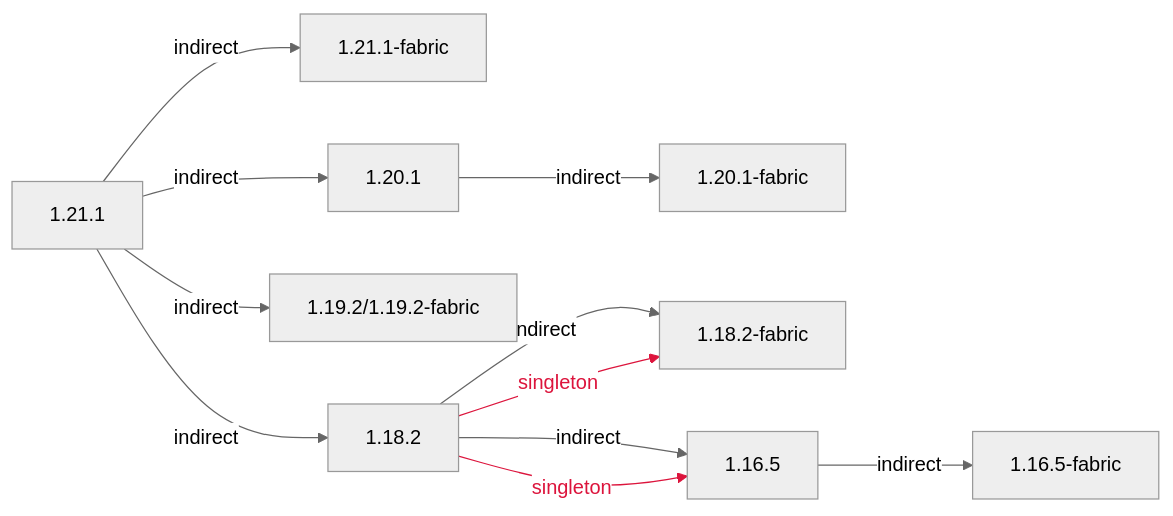
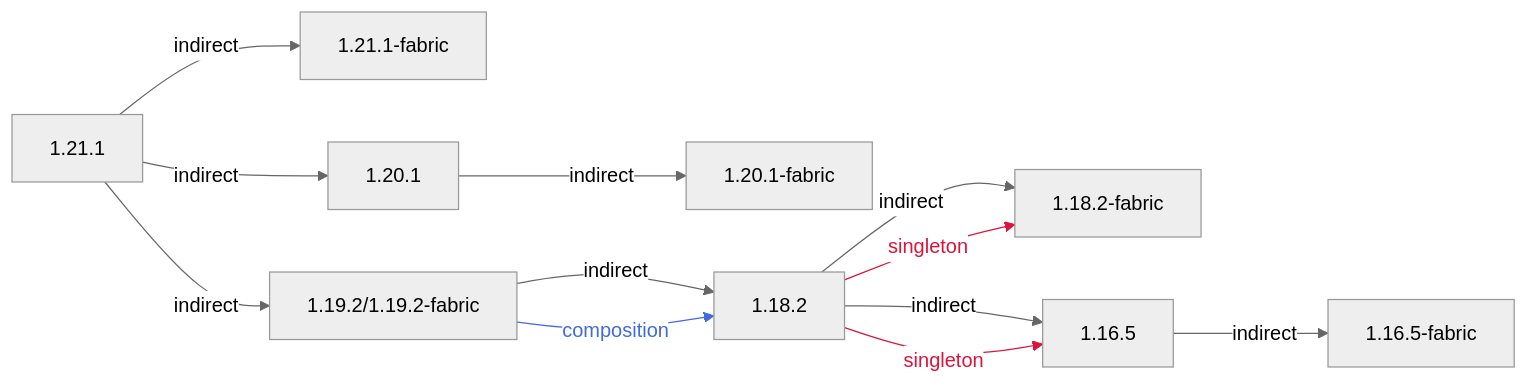
One commit to CFPAOrg/Minecraft-Mod-Language-Package changed the diagram in projects/1.21/assets/macaws-roofs/mcwroofs/README.md. Above: the diagram before and after it, drawn with Mermaid (neutral theme). The commit also changed other lines of this file and 28 other files, not shown here.

````diff
--- a/projects/1.21/assets/macaws-roofs/mcwroofs/README.md
+++ b/projects/1.21/assets/macaws-roofs/mcwroofs/README.md
@@ -3,13 +3,14 @@
 ```mermaid
 flowchart LR
     1.21.1 -->|indirect| 1.21.1-fabric
     1.20.1 -->|indirect| 1.20.1-fabric
-    1.19.2/1.19.2-fabric
-    1.18.2 -->|indirect| 1.18.2-fabric
+    1.19.2/1.19.2-fabric -->|indirect| 1.18.2 -->|indirect| 1.18.2-fabric
+    1.19.2/1.19.2-fabric -->|composition| 1.18.2
     1.18.2 -->|singleton| 1.18.2-fabric
     1.16.5 -->|indirect| 1.16.5-fabric
-    1.21.1 -->|indirect| 1.20.1 & 1.19.2/1.19.2-fabric & 1.18.2
+    1.21.1 -->|indirect| 1.20.1 & 1.19.2/1.19.2-fabric
     1.18.2 -->|indirect| 1.16.5
     1.18.2 -->|singleton| 1.16.5
-    linkStyle 3,9 color:crimson,stroke:crimson
+    linkStyle 5,10 color:crimson,stroke:crimson
+    linkStyle 4 color:royalblue,stroke:royalblue
 ```
````
